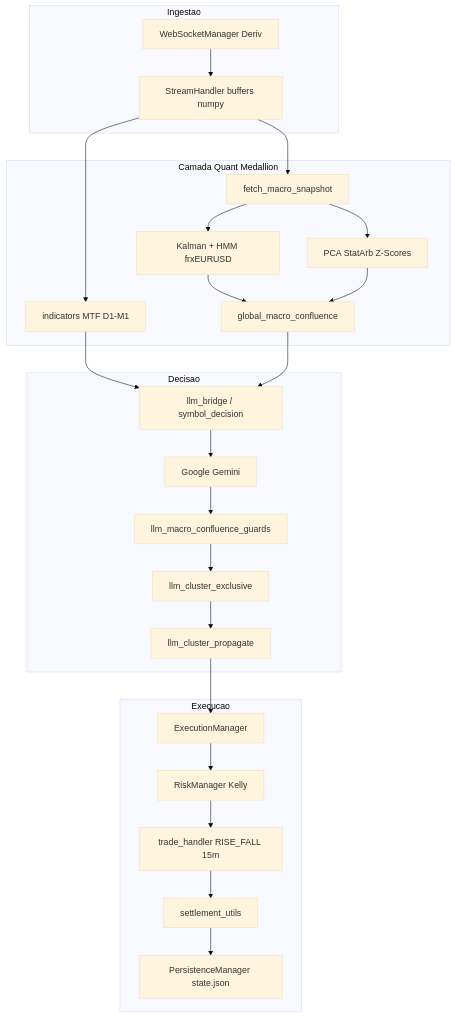
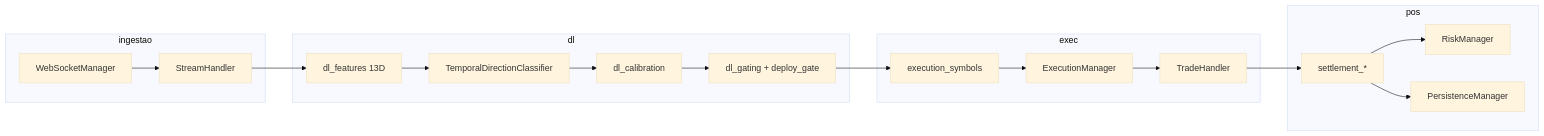
The diagram in docs/arquitetura.md (victorh-silveira/aether-quantum-engine), drawn with Mermaid (base theme) before and after one commit. The commit also changed other lines of this file and 111 other files, not shown here.

````diff
--- a/docs/arquitetura.md
+++ b/docs/arquitetura.md
@@ -100,36 +25,26 @@
 ```mermaid
-flowchart TB
-    subgraph ingestao [Ingestao]
-        WS[WebSocketManager Deriv]
-        SH[StreamHandler buffers numpy]
-    end
-    subgraph quant [Camada Quant Medallion]
-        MS[fetch_macro_snapshot]
-        KF[Kalman + HMM frxEURUSD]
-        PCA[PCA StatArb Z-Scores]
-        GMC[global_macro_confluence]
-        IND[indicators MTF D1-M1]
-    end
-    subgraph decisao [Decisao]
-        LB[llm_bridge / symbol_decision]
-        GEM[Google Gemini]
-        GRD[llm_macro_confluence_guards]
-        LCP[llm_cluster_propagate]
-        LCE[llm_cluster_exclusive]
-    end
-    subgraph exec [Execucao]
-        EM[ExecutionManager]
-        RM[RiskManager Kelly]
-        TH[trade_handler RISE_FALL 15m]
-        ST[settlement_utils]
-        PM[PersistenceManager state.json]
-    end
-    WS --> SH
-    SH --> MS
-    MS --> KF --> GMC
-    MS --> PCA --> GMC
-    SH --> IND --> LB
-    GMC --> LB
-    LB --> GEM --> GRD --> LCE --> LCP --> EM
-    EM --> RM --> TH --> ST --> PM
+flowchart LR
+  subgraph ingestao
+    WS[WebSocketManager]
+    SH[StreamHandler]
+  end
+  subgraph dl
+    FEAT[dl_features 13D]
+    TCN[TemporalDirectionClassifier]
+    CAL[dl_calibration]
+    GATE[dl_gating + deploy_gate]
+  end
+  subgraph exec
+    SEL[execution_symbols]
+    EM[ExecutionManager]
+    TH[TradeHandler]
+  end
+  subgraph pos
+    ST[settlement_*]
+    RM[RiskManager]
+    PM[PersistenceManager]
+  end
+  WS --> SH --> FEAT --> TCN --> CAL --> GATE --> SEL --> EM --> TH
+  TH --> ST --> RM
+  ST --> PM
 ```
````
